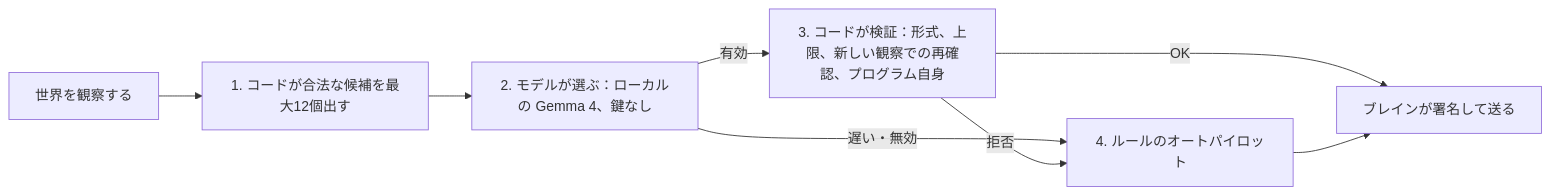
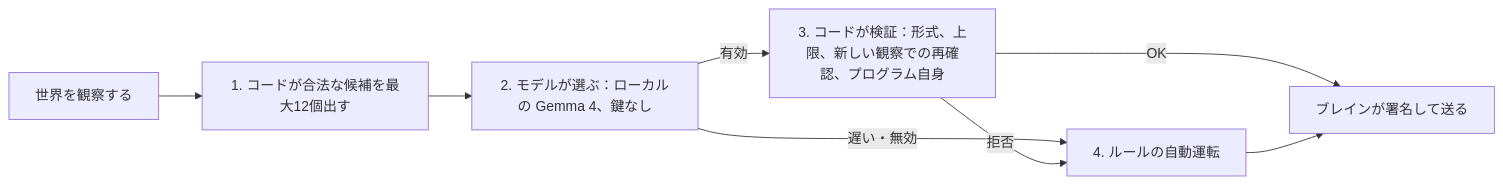
One commit to r0ze998/wylls changed the third of 3 diagrams in docs/DESIGN-OVERVIEW.ja.md. Above: the diagram before and after it, drawn with Mermaid. The commit also changed other lines of this file and 1 other file, not shown here.

````diff
--- a/docs/DESIGN-OVERVIEW.ja.md
+++ b/docs/DESIGN-OVERVIEW.ja.md
@@ -203,10 +205,10 @@
 ```mermaid
 flowchart LR
   O["世界を観察する"] --> C1["1. コードが合法な候補を最大12個出す"]
   C1 --> C2["2. モデルが選ぶ：ローカルの Gemma 4、鍵なし"]
   C2 -->|有効| C3["3. コードが検証：形式、上限、新しい観察での再確認、プログラム自身"]
-  C2 -->|遅い・無効| A["4. ルールのオートパイロット"]
+  C2 -->|遅い・無効| A["4. ルールの自動運転"]
   C3 -->|拒否| A
   C3 -->|OK| S["ブレインが署名して送る"]
   A --> S
 ```
````
